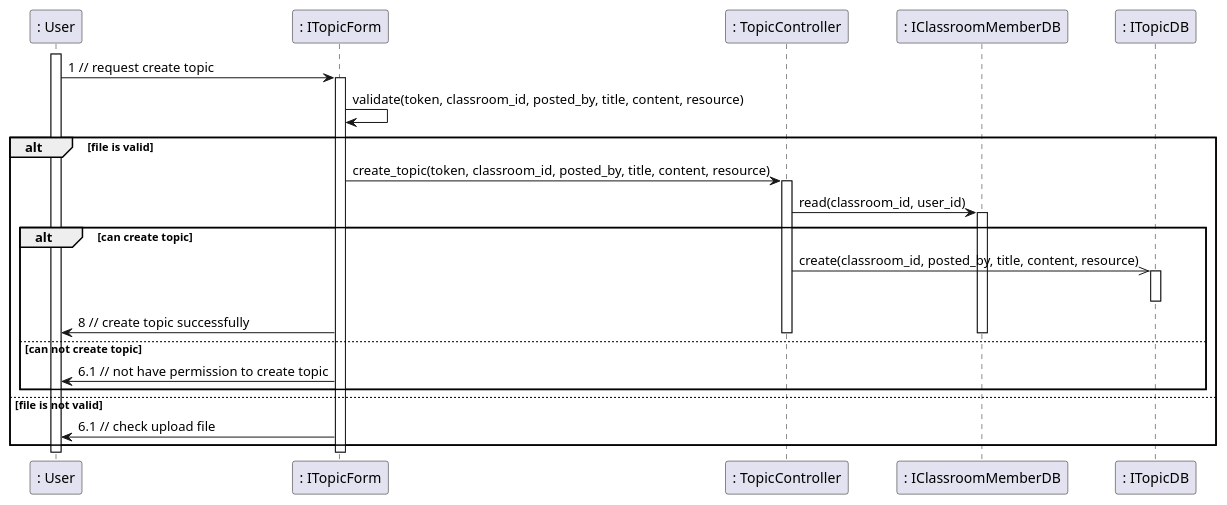
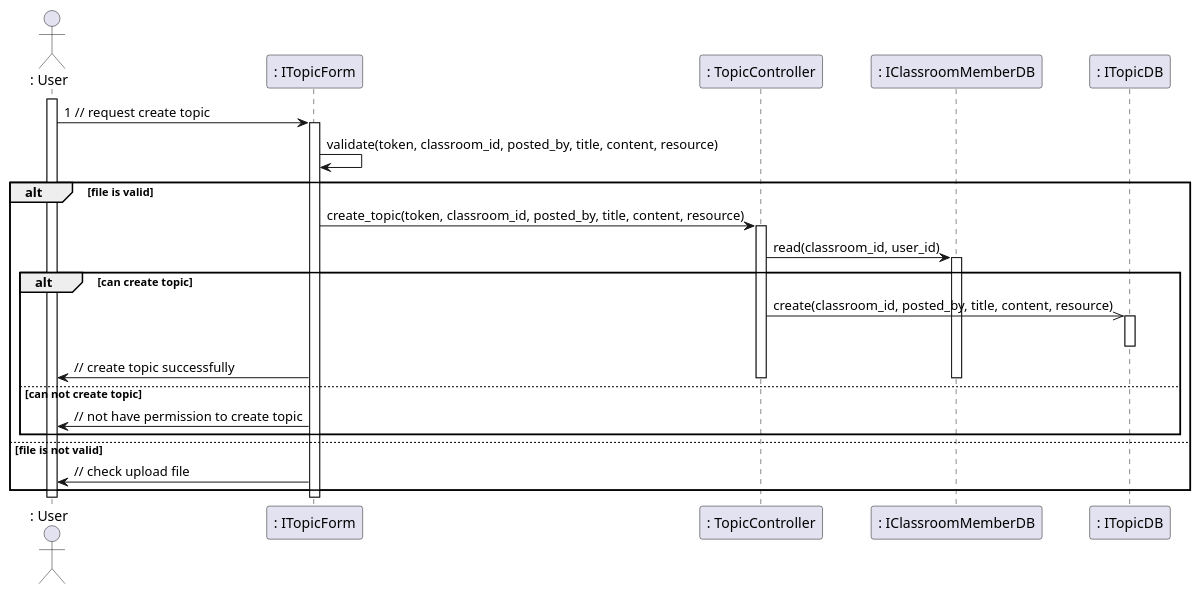
The diagram in sequence - design/topic/createTopic.plantuml (anonyhostvn/OOAD-Diagram), drawn with PlantUML before and after one commit. The commit also changed 7 other files, not shown here.

Commit message:
fix sequence design actor icon

```diff
--- a/sequence - design/topic/createTopic.plantuml
+++ b/sequence - design/topic/createTopic.plantuml
@@ -1,31 +1,33 @@
 @startuml createTopic
+actor ": User"
+
 activate ": User"
 
 ": User" -> ": ITopicForm": 1 // request create topic
 activate ": ITopicForm"
 ": ITopicForm" -> ": ITopicForm": validate(token, classroom_id, posted_by, title, content, resource)
 alt file is valid
     ": ITopicForm" -> ": TopicController": create_topic(token, classroom_id, posted_by, title, content, resource)
     activate ": TopicController"
     ": TopicController" -> ": IClassroomMemberDB": read(classroom_id, user_id)
     activate ": IClassroomMemberDB"
     alt can create topic
         ": TopicController" ->> ": ITopicDB": create(classroom_id, posted_by, title, content, resource)
         activate ": ITopicDB"
         deactivate ": ITopicDB"
-        ": ITopicForm" -> ": User": 8 // create topic successfully
+        ": ITopicForm" -> ": User": // create topic successfully
     else can not create topic
         deactivate ": IClassroomMemberDB"
         deactivate ": TopicController"
-        ": ITopicForm" -> ": User": 6.1 // not have permission to create topic
+        ": ITopicForm" -> ": User": // not have permission to create topic
     end
 else file is not valid
-    ": ITopicForm" -> ": User": 6.1 // check upload file
+    ": ITopicForm" -> ": User": // check upload file
 end
 
 
 deactivate ": User"
 deactivate ": ITopicForm"
 
 
 @enduml
```
